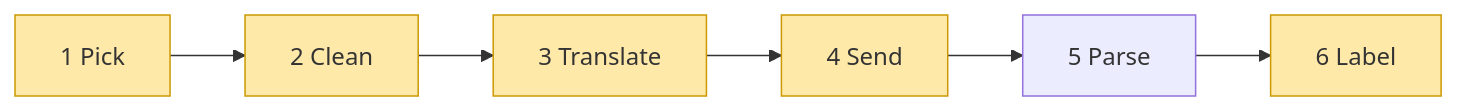
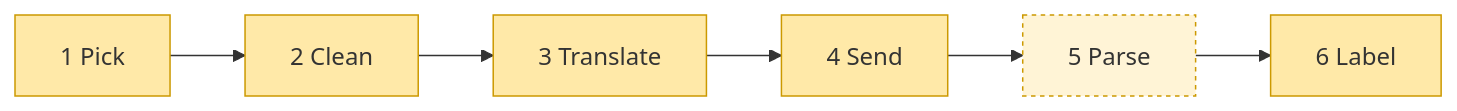
Before and after one commit to danhugo/simp-agent: the first of 3 diagrams in docs/guidebook/04-providers.md, drawn with Mermaid. The commit also changed other lines of this file and 4 other files, not shown here.

````diff
--- a/docs/guidebook/04-providers.md
+++ b/docs/guidebook/04-providers.md
@@ -9,6 +9,8 @@
 ```mermaid
 flowchart LR
     P["1 Pick"] --> C["2 Clean"] --> T["3 Translate"] --> S["4 Send"] --> R["5 Parse"] --> L["6 Label"]
     classDef me fill:#ffe9a8,stroke:#c90
+    classDef part fill:#fff4d6,stroke:#c90,stroke-dasharray:3 3
     class P,C,T,S,L me
+    class R part
 ```
````
